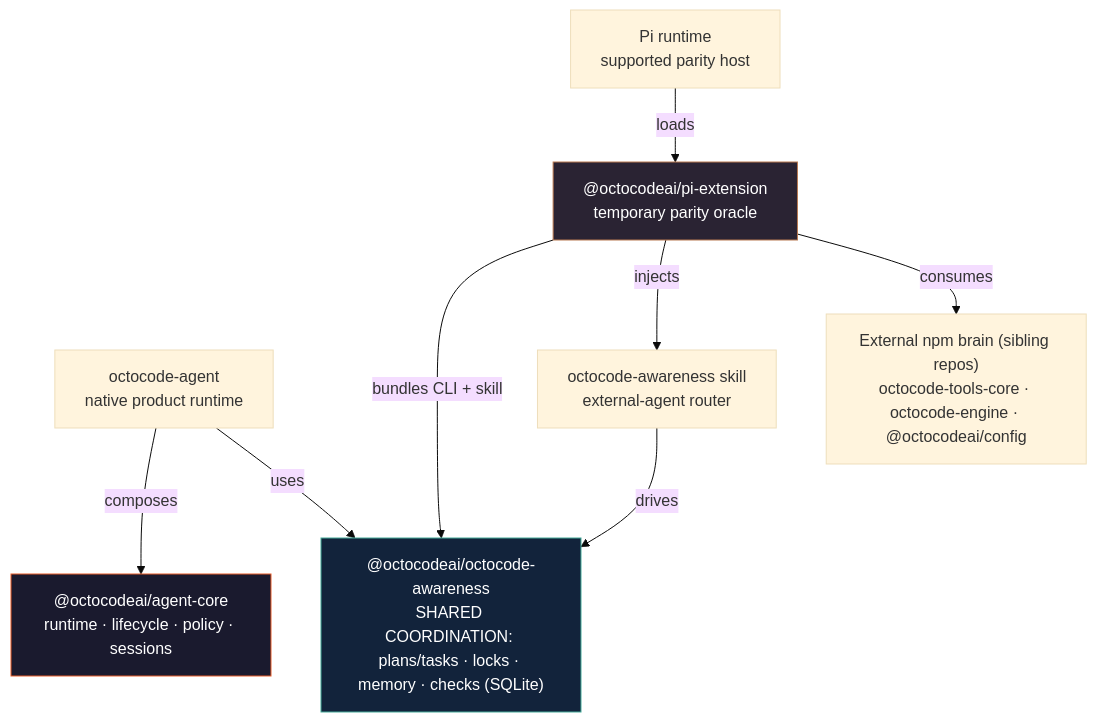
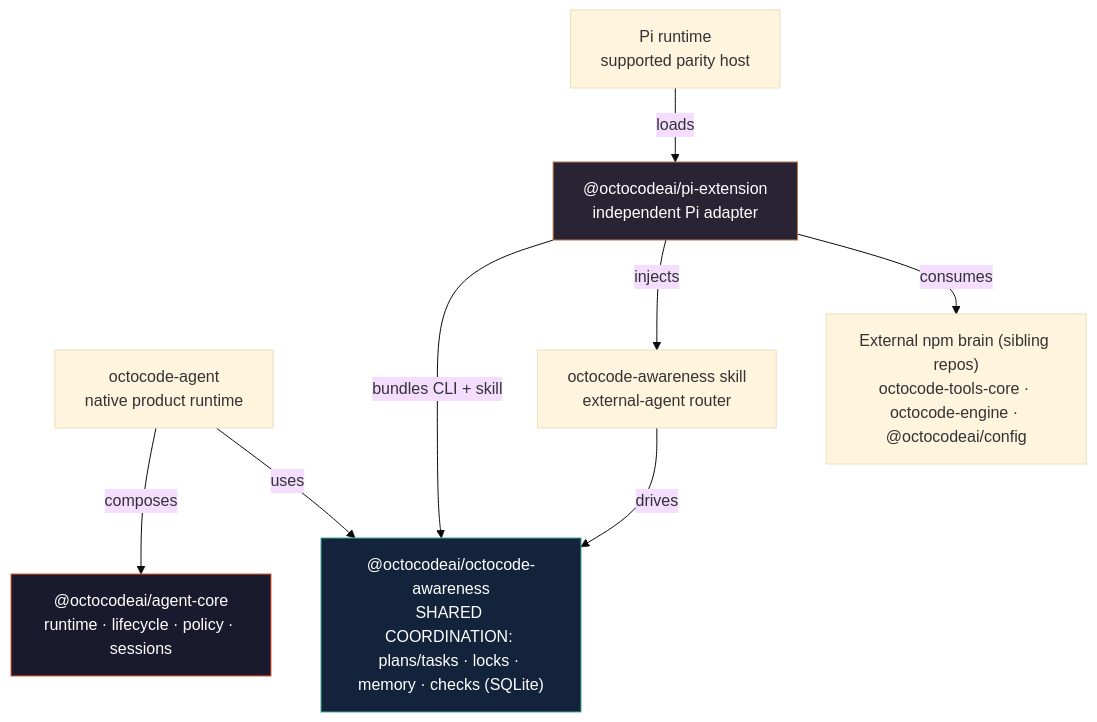
Before and after one commit to bgauryy/octocode-agent: the diagram in README.md, drawn with Mermaid (base theme). The commit also changed other lines of this file and 536 other files, not shown here.

````diff
--- a/README.md
+++ b/README.md
@@ -266,22 +282,22 @@
 ```mermaid
 graph TD
     AGENT["octocode-agent<br/>native product runtime"]
     CORE["@octocodeai/agent-core<br/>runtime · lifecycle · policy · sessions"]
     PI["Pi runtime<br/>supported parity host"]
-    EXT["@octocodeai/pi-extension<br/>temporary parity oracle"]
+    EXT["@octocodeai/pi-extension<br/>independent Pi adapter"]
     AW["@octocodeai/octocode-awareness<br/>SHARED COORDINATION: plans/tasks · locks · memory · checks (SQLite)"]
     SKILL["octocode-awareness skill<br/>external-agent router"]
     BRAIN["External npm brain (sibling repos)<br/>octocode-tools-core · octocode-engine · @octocodeai/config"]
 
     AGENT -- composes --> CORE
     AGENT -- uses --> AW
     PI -- loads --> EXT
     EXT -- bundles CLI + skill --> AW
     EXT -- injects --> SKILL
     SKILL -- drives --> AW
     EXT -- consumes --> BRAIN
 
     style CORE fill:#1a1a2e,stroke:#e75d2a,color:#fff
     style EXT fill:#2a2333,stroke:#b87850,color:#fff
     style AW fill:#12233b,stroke:#4a9,color:#fff
 ```
````
